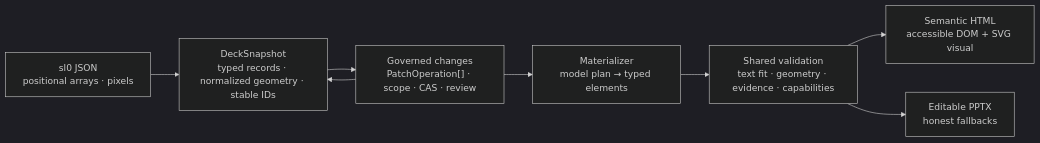
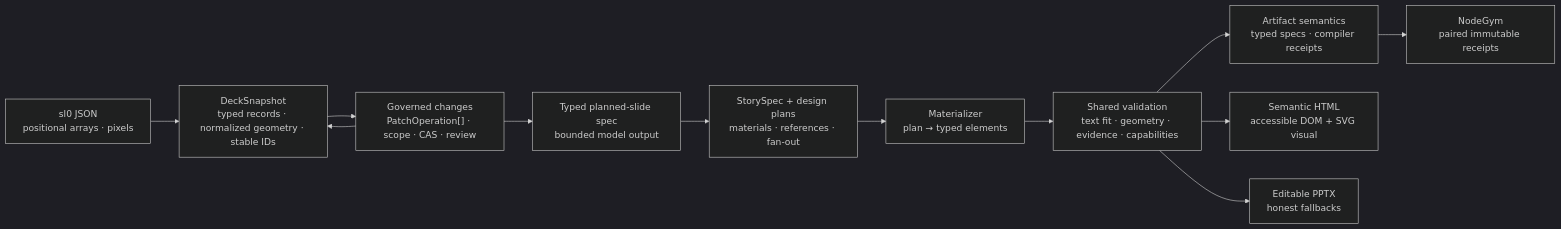
Before and after one commit to HomenShum/NodeSlide: the second of 3 diagrams in README.md, drawn with Mermaid (dark theme). The commit also changed other lines of this file and 416 other files, not shown here.

First line of the commit message:
Close NodeSlide artifact gym and production evidence gaps (#41)

````diff
--- a/README.md
+++ b/README.md
@@ -80,15 +91,20 @@
 ```mermaid
 flowchart LR
   J0["sl0 JSON<br/>positional arrays · pixels"]
   J1["DeckSnapshot<br/>typed records · normalized geometry · stable IDs"]
   GOV["Governed changes<br/>PatchOperation[] · scope · CAS · review"]
-  MAT["Materializer<br/>model plan → typed elements"]
+  PLAN["Typed planned-slide spec<br/>bounded model output"]
+  STORY["StorySpec + design plans<br/>materials · references · fan-out"]
+  MAT["Materializer<br/>plan → typed elements"]
   CHECK["Shared validation<br/>text fit · geometry · evidence · capabilities"]
+  ART["Artifact semantics<br/>typed specs · compiler receipts"]
   HTML["Semantic HTML<br/>accessible DOM + SVG visual"]
   PPTX["Editable PPTX<br/>honest fallbacks"]
+  GYM["NodeGym<br/>paired immutable receipts"]
 
-  J0 --> J1 --> GOV --> MAT --> CHECK
+  J0 --> J1 --> GOV --> PLAN --> STORY --> MAT --> CHECK --> ART
   CHECK --> HTML
   CHECK --> PPTX
+  ART --> GYM
   GOV --> J1
 ```
````
